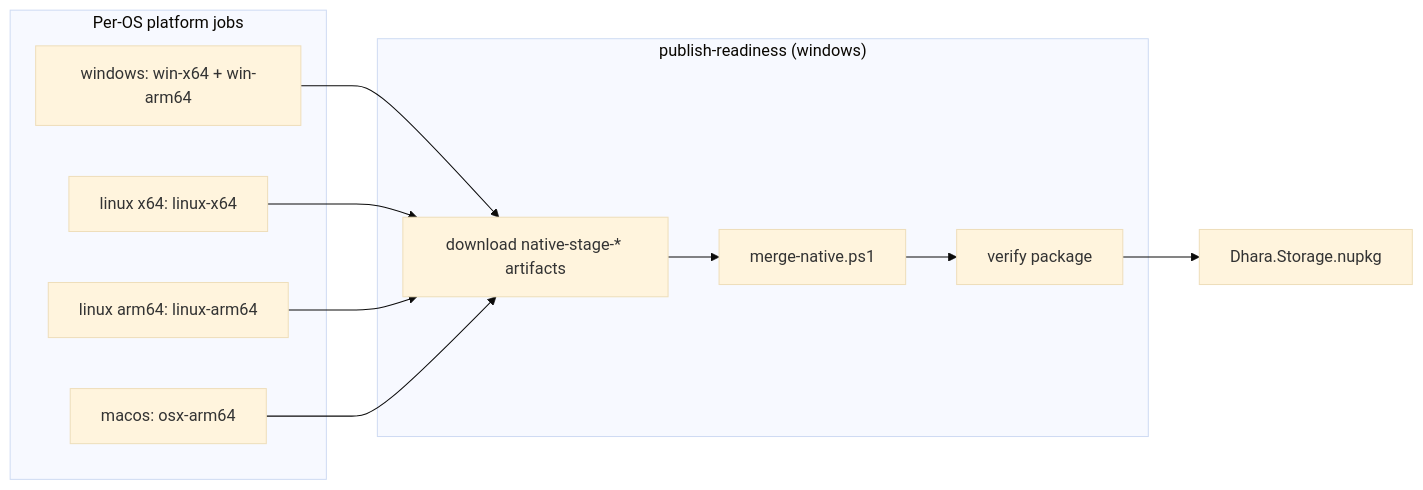
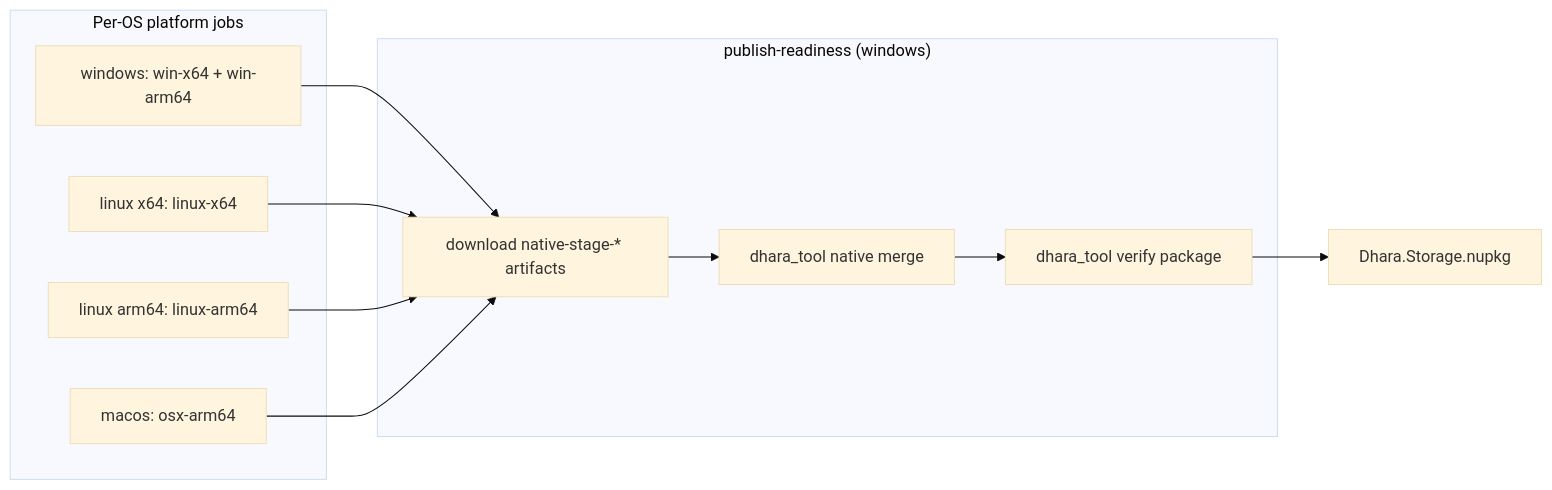
One commit to D-Naveenz/dhara_storage changed the diagram in docs/native-packaging.md. Above: the diagram before and after it, drawn with Mermaid (base theme). The commit also changed other lines of this file and 29 other files, not shown here.

First line of the commit message:
🚀 Add dhara_tool CI build workflow and integrate cached tool usage in pipeline

````diff
--- a/docs/native-packaging.md
+++ b/docs/native-packaging.md
@@ -9,18 +9,18 @@
 ```mermaid
 flowchart LR
   subgraph stage ["Per-OS platform jobs"]
     W[windows: win-x64 + win-arm64]
     L[linux x64: linux-x64]
     LA[linux arm64: linux-arm64]
     M[macos: osx-arm64]
   end
 
   subgraph merge ["publish-readiness (windows)"]
     DL[download native-stage-* artifacts]
-    MG[merge-native.ps1]
-    VP[verify package]
+    MG[dhara_tool native merge]
+    VP[dhara_tool verify package]
   end
 
   W & L & LA & M --> DL --> MG --> VP
   VP --> NUPKG[Dhara.Storage.nupkg]
 ```
````
